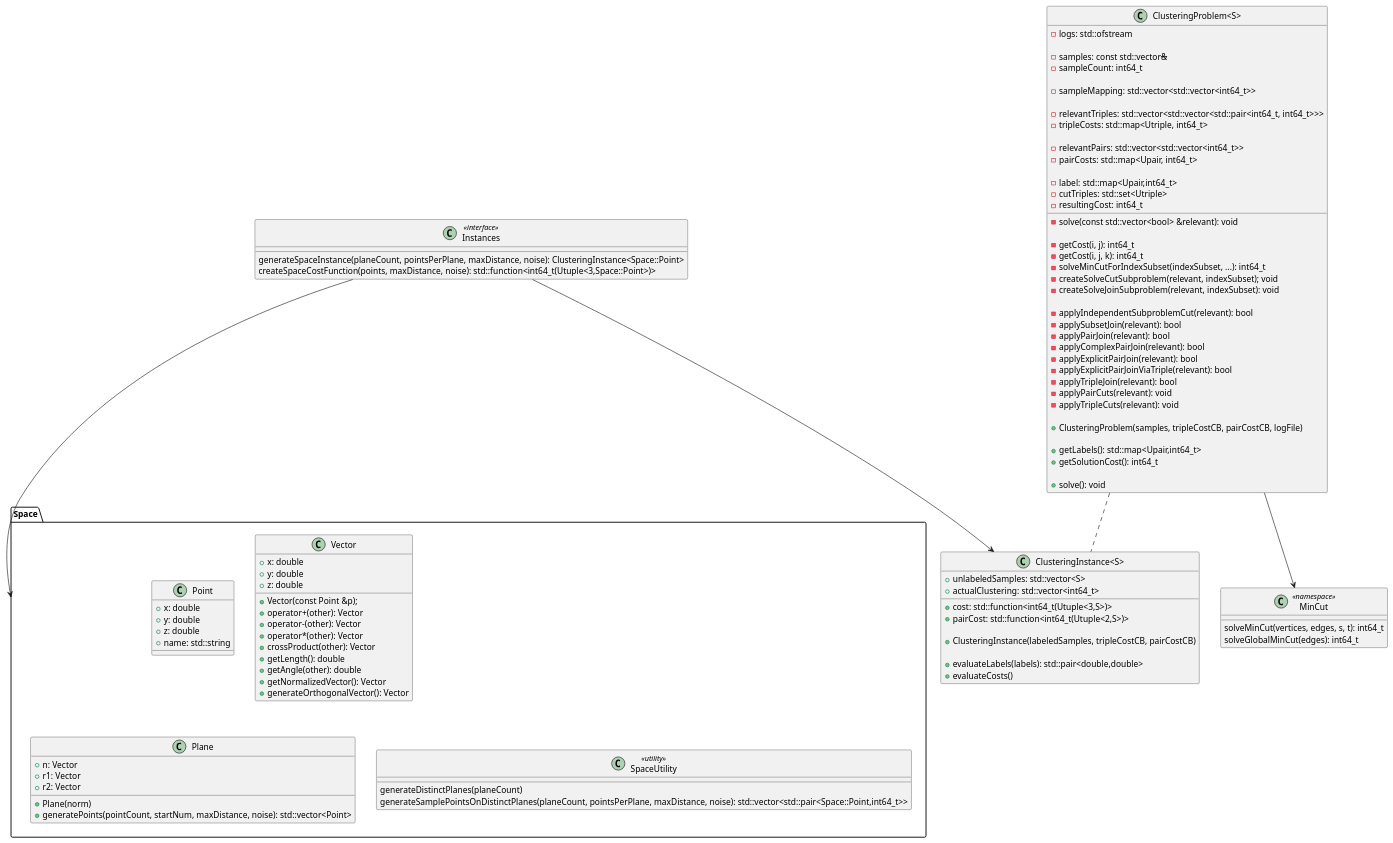
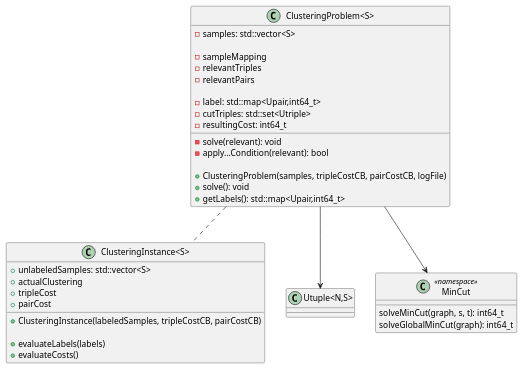
One commit to Vovsanka/ResearchProjectML changed the diagram in presentation/algo.puml. Above: the diagram before and after it, drawn with PlantUML. The commit also changed 11 other files, not shown here.

Commit message:
presentation: cost function draft

```diff
--- a/presentation/algo.puml
+++ b/presentation/algo.puml
@@ -1,113 +1,92 @@
 @startuml Program
 class "ClusteringProblem<S>" {
-    -logs: std::ofstream
+    -samples: std::vector<S>
 
-    -samples: const std::vector<S>&
-    -sampleCount: int64_t
+    -sampleMapping
+    -relevantTriples
+    -relevantPairs
     
-    -sampleMapping: std::vector<std::vector<int64_t>> 
-
-    -relevantTriples: std::vector<std::vector<std::pair<int64_t, int64_t>>>
-    -tripleCosts: std::map<Utriple, int64_t>
-
-    -relevantPairs: std::vector<std::vector<int64_t>>
-    -pairCosts: std::map<Upair, int64_t>
-
     -label: std::map<Upair,int64_t>
     -cutTriples: std::set<Utriple>
     -resultingCost: int64_t
 
-    -solve(const std::vector<bool> &relevant): void
-
-    -getCost(i, j): int64_t
-    -getCost(i, j, k): int64_t
-    -solveMinCutForIndexSubset(indexSubset, ...): int64_t
-    -createSolveCutSubproblem(relevant, indexSubset); void
-    -createSolveJoinSubproblem(relevant, indexSubset): void
-
-    -applyIndependentSubproblemCut(relevant): bool
-    -applySubsetJoin(relevant): bool
-    -applyPairJoin(relevant): bool
-    -applyComplexPairJoin(relevant): bool
-    -applyExplicitPairJoin(relevant): bool
-    -applyExplicitPairJoinViaTriple(relevant): bool
-    -applyTripleJoin(relevant): bool
-    -applyPairCuts(relevant): void
-    -applyTripleCuts(relevant): void
+    -solve(relevant): void
+    -apply...Condition(relevant): bool
 
     +ClusteringProblem(samples, tripleCostCB, pairCostCB, logFile)
-
+    +solve(): void
     +getLabels(): std::map<Upair,int64_t>
-    +getSolutionCost(): int64_t
-    
-    +solve(): void
 }
 
 class "ClusteringInstance<S>" {
     +unlabeledSamples: std::vector<S>
-    +actualClustering: std::vector<int64_t>
-    +cost: std::function<int64_t(Utuple<3,S>)>
-    +pairCost: std::function<int64_t(Utuple<2,S>)>
+    +actualClustering
+    +tripleCost
+    +pairCost
 
     +ClusteringInstance(labeledSamples, tripleCostCB, pairCostCB)
 
-    +evaluateLabels(labels): std::pair<double,double>
+    +evaluateLabels(labels)
     +evaluateCosts()
 }
 
-class MinCut <<namespace>> {
-    solveMinCut(vertices, edges, s, t): int64_t
-    solveGlobalMinCut(edges): int64_t
+class "Utuple<N,S>"{
 }
 
-class Instances <<interface>> {
-    generateSpaceInstance(planeCount, pointsPerPlane, maxDistance, noise): ClusteringInstance<Space::Point>
-    createSpaceCostFunction(points, maxDistance, noise): std::function<int64_t(Utuple<3,Space::Point>)>
+class MinCut <<namespace>> {
+    solveMinCut(graph, s, t): int64_t
+    solveGlobalMinCut(graph): int64_t
 }
 
-namespace Space {
+' class Instances <<interface>> {
+'     generateSpaceInstance(planeCount, pointsPerPlane, maxDistance, noise): ClusteringInstance<Space::Point>
+'     createSpaceCostFunction(points, maxDistance, noise): std::function<int64_t(Utuple<3,Space::Point>)>
+' }
+
+' namespace Space {
     
-    class Point {
-        +x: double
-        +y: double
-        +z: double
-        +name: std::string
-    }
+'     class Point {
+'         +x: double
+'         +y: double
+'         +z: double
+'         +name: std::string
+'     }
 
-    class Vector {
-        +x: double
-        +y: double
-        +z: double
-        +Vector(const Point &p);
-        +operator+(other): Vector
-        +operator-(other): Vector
-        +operator*(other): Vector
-        +crossProduct(other): Vector
-        +getLength(): double
-        +getAngle(other): double
-        +getNormalizedVector(): Vector
-        +generateOrthogonalVector(): Vector
-    }
+'     class Vector {
+'         +x: double
+'         +y: double
+'         +z: double
+'         +Vector(const Point &p);
+'         +operator+(other): Vector
+'         +operator-(other): Vector
+'         +operator*(other): Vector
+'         +crossProduct(other): Vector
+'         +getLength(): double
+'         +getAngle(other): double
+'         +getNormalizedVector(): Vector
+'         +generateOrthogonalVector(): Vector
+'     }
 
-    class Plane {
-        +n: Vector
-        +r1: Vector
-        +r2: Vector
-        +Plane(norm)
-        +generatePoints(pointCount, startNum, maxDistance, noise): std::vector<Point>
-    }
+'     class Plane {
+'         +n: Vector
+'         +r1: Vector
+'         +r2: Vector
+'         +Plane(norm)
+'         +generatePoints(pointCount, startNum, maxDistance, noise)
+'     }
 
-    class SpaceUtility <<utility>> {
-        generateDistinctPlanes(planeCount)
-        generateSamplePointsOnDistinctPlanes(planeCount, pointsPerPlane, maxDistance, noise): std::vector<std::pair<Space::Point,int64_t>>
-    }
-}
+'     class SpaceUtility <<utility>> {
+'         generateDistinctPlanes(planeCount)
+'         generateSamplePointsOnDistinctPlanes(planeCount, pointsPerPlane, maxDistance, noise)
+'     }
+' }
 
 
 
 "ClusteringProblem<S>" .. "ClusteringInstance<S>"
 "ClusteringProblem<S>" --> MinCut
-Instances --> "ClusteringInstance<S>"
-Instances --> Space
+"ClusteringProblem<S>" --> "Utuple<N,S>"
+' Instances --> "ClusteringInstance<S>"
+' Instances --> Space
 
 @enduml
```
